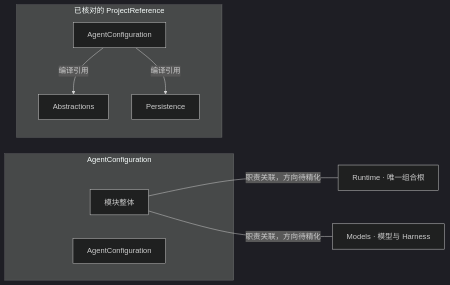
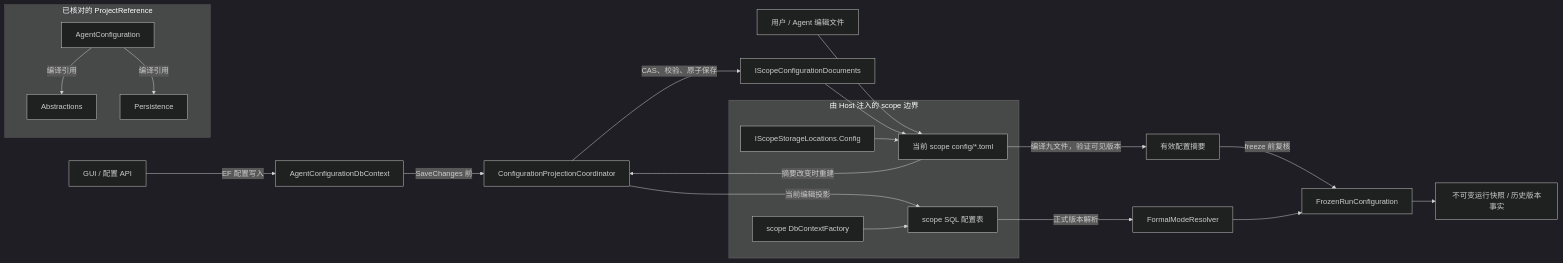
The diagram in docs/development-program/02-modules/core/AgentConfiguration/ARCHITECTURE.md (Programmer-MrWang/TinadecOffice), drawn with Mermaid (dark theme) before and after one commit. The commit also changed other lines of this file and 363 other files, not shown here.

First line of the commit message:
feat(storage): 重构存储作用域、TOML 配置与资源生命周期

````diff
--- a/docs/development-program/02-modules/core/AgentConfiguration/ARCHITECTURE.md
+++ b/docs/development-program/02-modules/core/AgentConfiguration/ARCHITECTURE.md
@@ -11,18 +9,26 @@
 ```mermaid
 flowchart LR
-  subgraph S["AgentConfiguration"]
-    scope["模块整体"]
-    f0["AgentConfiguration"]
+  ui["GUI / 配置 API"] -->|"EF 配置写入"| db["AgentConfigurationDbContext"]
+  editor["用户 / Agent 编辑文件"] --> files["当前 scope config/*.toml"]
+  db -->|"SaveChanges 前"| coord["ConfigurationProjectionCoordinator"]
+  coord -->|"CAS、校验、原子保存"| docs["IScopeConfigurationDocuments"]
+  docs --> files
+  files -->|"摘要改变时重建"| coord
+  coord -->|"当前编辑投影"| sql["scope SQL 配置表"]
+  files -->|"编译九文件，验证可见版本"| snapshot["有效配置摘要"]
+  snapshot -->|"freeze 前复核"| run["FrozenRunConfiguration"]
+  sql -->|"正式版本解析"| resolver["FormalModeResolver"]
+  resolver --> run
+  run --> history["不可变运行快照 / 历史版本事实"]
+  subgraph scope["由 Host 注入的 scope 边界"]
+    locations["IScopeStorageLocations.Config"] --> files
+    connection["scope DbContextFactory"] --> sql
   end
-  r0["Runtime · 唯一组合根"]
-  scope ---|"职责关联，方向待精化"| r0
-  r1["Models · 模型与 Harness"]
-  scope ---|"职责关联，方向待精化"| r1
   subgraph C["已核对的 ProjectReference"]
     cp["AgentConfiguration"]
     c0["Abstractions"]
     cp -->|"编译引用"| c0
     c1["Persistence"]
     cp -->|"编译引用"| c1
   end
 ```
````
